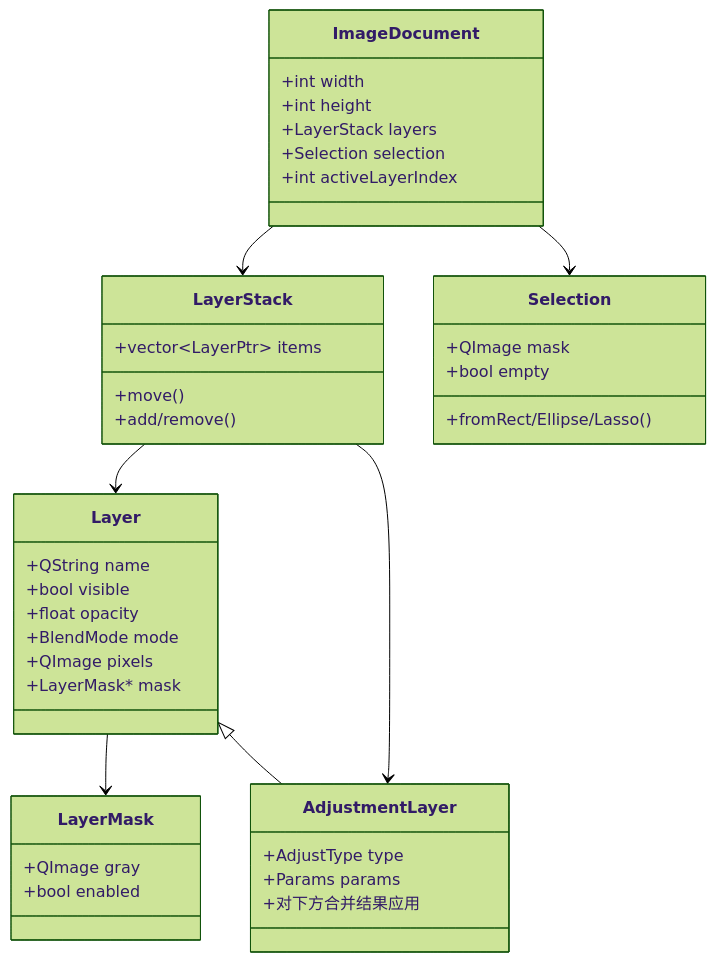
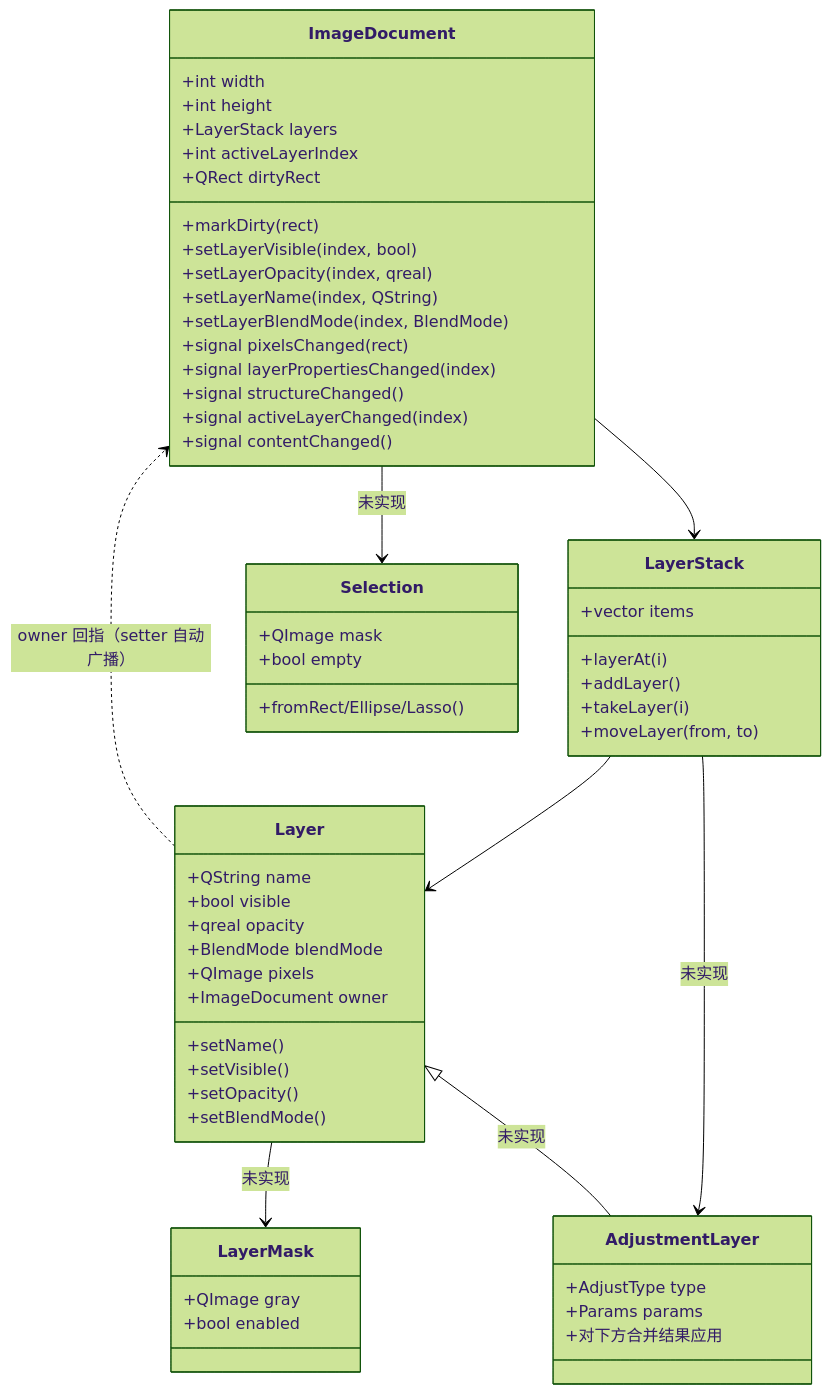
Before and after one commit to littletenyuan01/photoshopDemo: the second of 4 diagrams in docs/architecture.md, drawn with Mermaid (forest theme). The commit also changed other lines of this file and 5 other files, not shown here.

First line of the commit message:
docs: 补齐重构后遗留的旧图/旧表/旧结论，并修正两处文档引用错误

````diff
--- a/docs/architecture.md
+++ b/docs/architecture.md
@@ -123,44 +133,61 @@
 ```mermaid
 classDiagram
   class ImageDocument {
     +int width
     +int height
     +LayerStack layers
-    +Selection selection
     +int activeLayerIndex
+    +QRect dirtyRect
+    +markDirty(rect)
+    +setLayerVisible(index, bool)
+    +setLayerOpacity(index, qreal)
+    +setLayerName(index, QString)
+    +setLayerBlendMode(index, BlendMode)
+    +signal pixelsChanged(rect)
+    +signal layerPropertiesChanged(index)
+    +signal structureChanged()
+    +signal activeLayerChanged(index)
+    +signal contentChanged()
   }
   class LayerStack {
-    +vector~LayerPtr~ items
-    +move()
-    +add/remove()
+    +vector items
+    +layerAt(i)
+    +addLayer()
+    +takeLayer(i)
+    +moveLayer(from, to)
   }
   class Layer {
     +QString name
     +bool visible
-    +float opacity
-    +BlendMode mode
+    +qreal opacity
+    +BlendMode blendMode
     +QImage pixels
-    +LayerMask* mask
+    +ImageDocument owner
+    +setName()
+    +setVisible()
+    +setOpacity()
+    +setBlendMode()
   }
   class LayerMask {
     +QImage gray
     +bool enabled
   }
   class AdjustmentLayer {
     +AdjustType type
     +Params params
     +对下方合并结果应用
   }
   class Selection {
     +QImage mask
     +bool empty
     +fromRect/Ellipse/Lasso()
   }
 
   ImageDocument --> LayerStack
-  ImageDocument --> Selection
+  ImageDocument --> Selection : 未实现
+  Layer ..> ImageDocument : owner 回指（setter 自动广播）
   LayerStack --> Layer
-  LayerStack --> AdjustmentLayer
-  Layer --> LayerMask
-  Layer <|-- AdjustmentLayer
+  LayerStack --> AdjustmentLayer : 未实现
+  Layer --> LayerMask : 未实现
+  Layer <|-- AdjustmentLayer : 未实现
 ```
````
